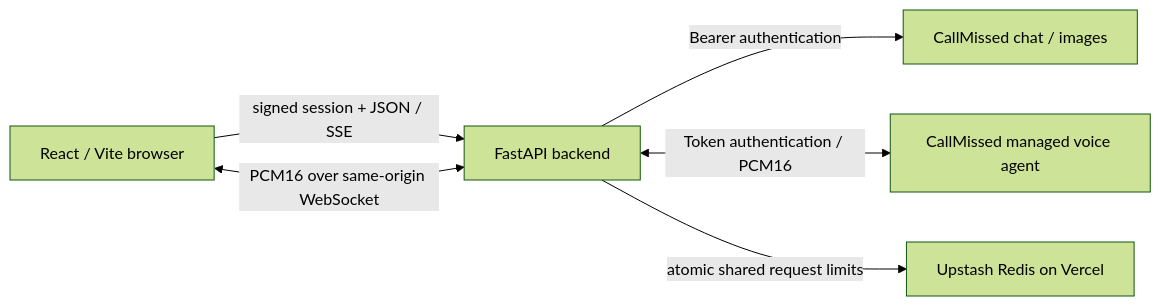
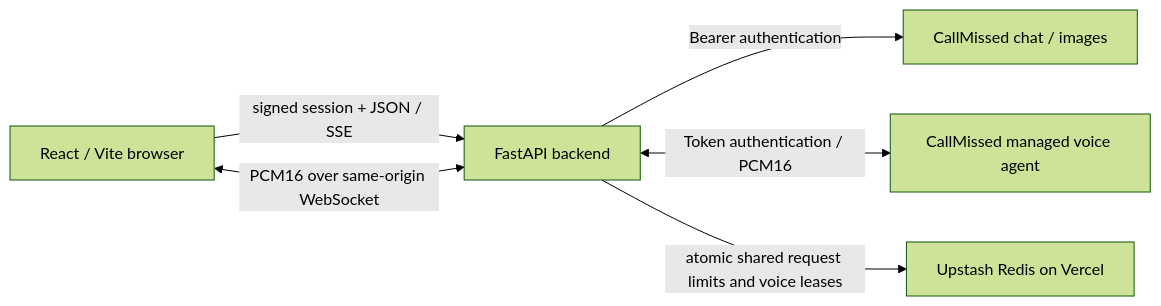
Before and after one commit to Mevinb/CallMissed: the diagram in README.md, drawn with Mermaid (forest theme). The commit also changed other lines of this file and 11 other files, not shown here.

Commit message:
Enforce shared voice leases and fix image request lifecycle races

````diff
--- a/README.md
+++ b/README.md
@@ -21,8 +21,8 @@
 ```mermaid
 flowchart LR
     Browser[React / Vite browser] -->|signed session + JSON / SSE| API[FastAPI backend]
     Browser <-->|PCM16 over same-origin WebSocket| API
     API -->|Bearer authentication| Chat[CallMissed chat / images]
     API <-->|Token authentication / PCM16| Voice[CallMissed managed voice agent]
-    API -->|atomic shared request limits| Redis[Upstash Redis on Vercel]
+    API -->|atomic shared request limits and voice leases| Redis[Upstash Redis on Vercel]
 ```
````
